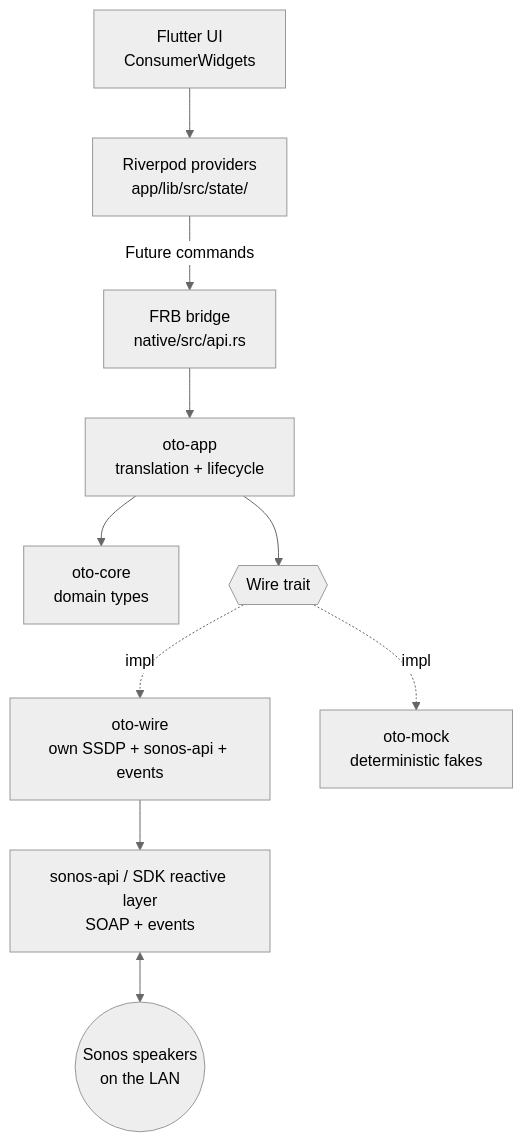
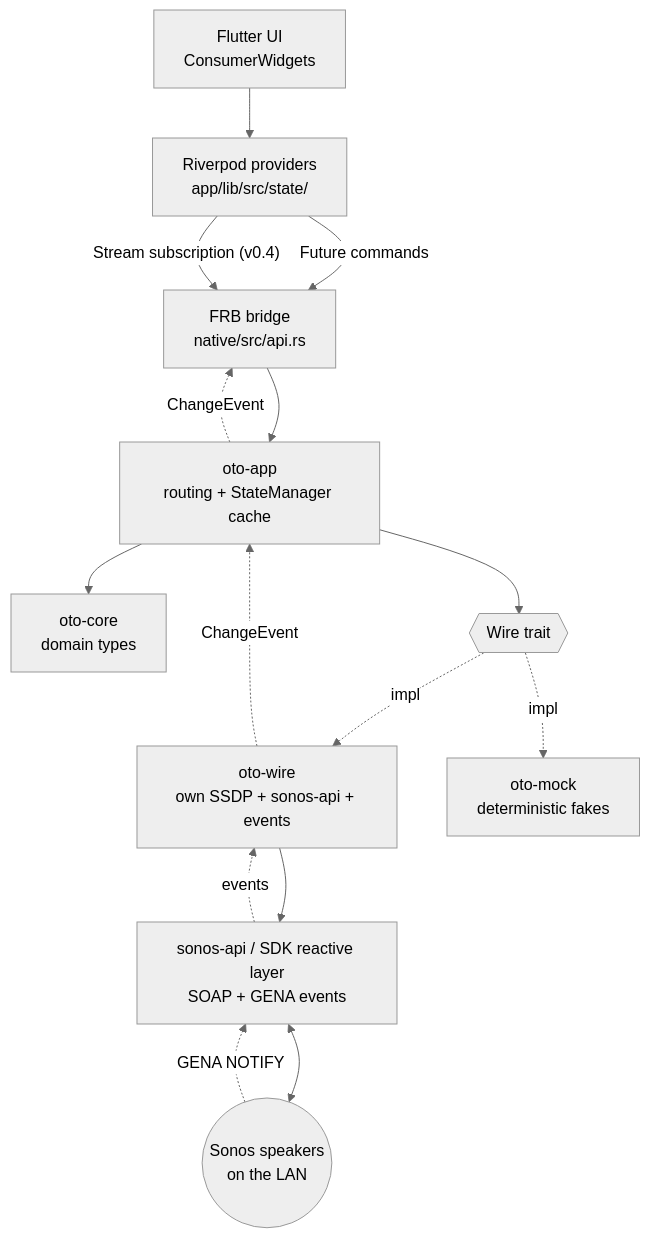
One commit to Oszkar/oto changed the first of 3 diagrams in docs/ARCHITECTURE.md. Above: the diagram before and after it, drawn with Mermaid (neutral theme). The commit also changed other lines of this file and 16 other files, not shown here.

````diff
--- a/docs/ARCHITECTURE.md
+++ b/docs/ARCHITECTURE.md
@@ -9,23 +9,28 @@
 ```mermaid
 flowchart TD
     UI["Flutter UI<br/>ConsumerWidgets"]
     RP["Riverpod providers<br/>app/lib/src/state/"]
     FRB["FRB bridge<br/>native/src/api.rs"]
-    APP["oto-app<br/>translation + lifecycle"]
+    APP["oto-app<br/>routing + StateManager cache"]
     CORE["oto-core<br/>domain types"]
     WIRE{{"Wire trait"}}
     WIREIMPL["oto-wire<br/>own SSDP + sonos-api + events"]
     MOCK["oto-mock<br/>deterministic fakes"]
-    SDK["sonos-api / SDK reactive layer<br/>SOAP + events"]
+    SDK["sonos-api / SDK reactive layer<br/>SOAP + GENA events"]
     NET(("Sonos speakers<br/>on the LAN"))
 
     UI --> RP
     RP -->|"Future commands"| FRB
+    RP -->|"Stream subscription (v0.4)"| FRB
     FRB --> APP
     APP --> CORE
     APP --> WIRE
     WIRE -.impl.-> WIREIMPL
     WIRE -.impl.-> MOCK
     WIREIMPL --> SDK
     SDK <--> NET
+    NET -.GENA NOTIFY.-> SDK
+    SDK -.events.-> WIREIMPL
+    WIREIMPL -.ChangeEvent.-> APP
+    APP -.ChangeEvent.-> FRB
 ```
````
